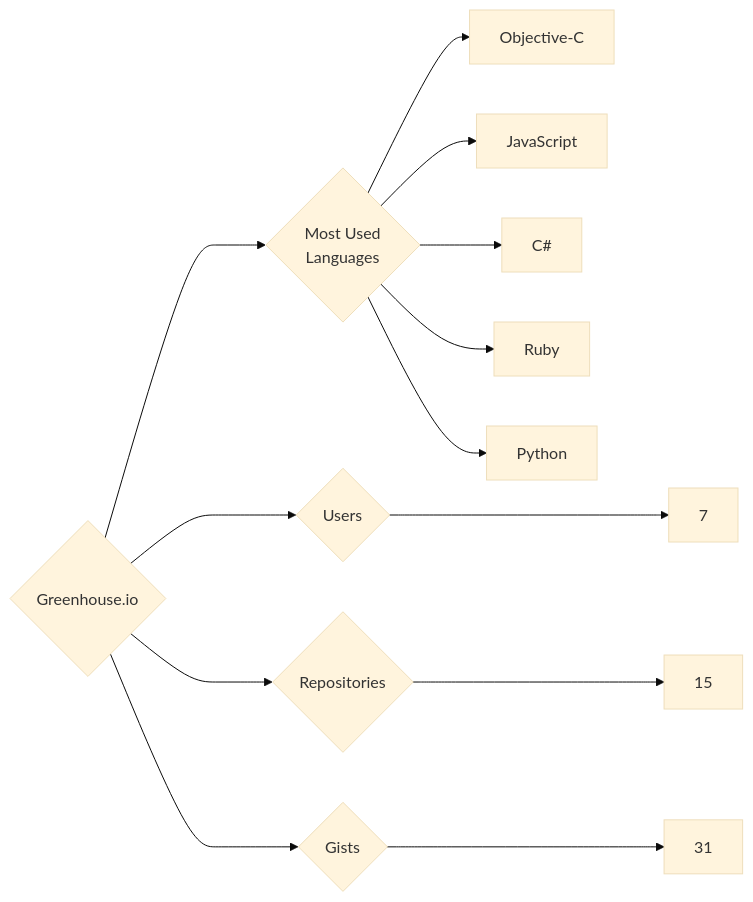
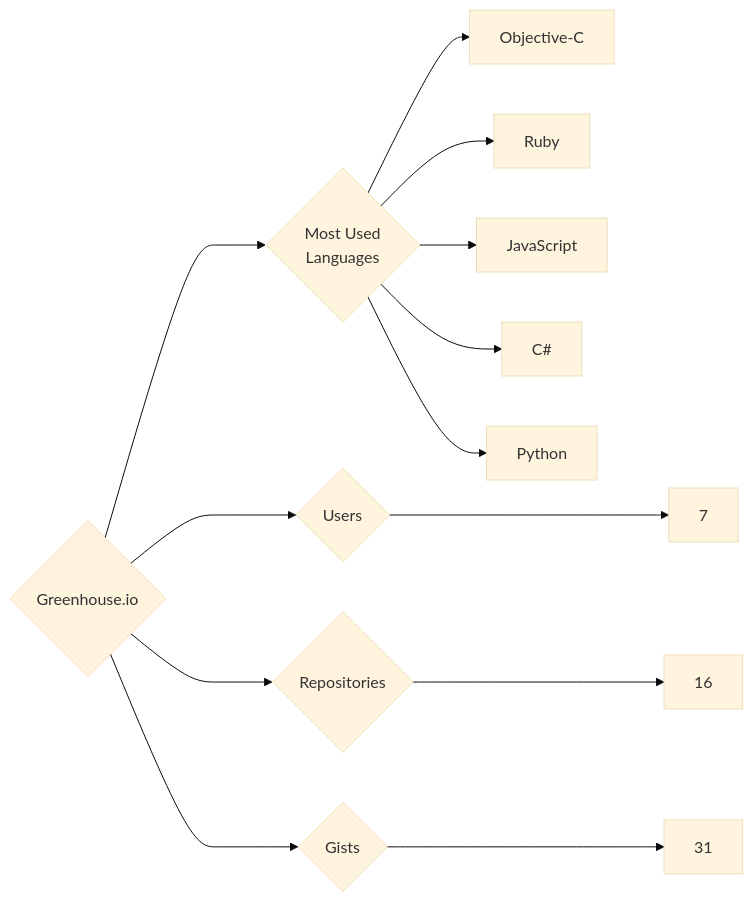
Before and after one commit to trickest/insiders: the diagram in targets/Greenhouse.io/README.md, drawn with Mermaid (base theme). The commit also changed 985 other files, not shown here.

````diff
--- a/targets/Greenhouse.io/README.md
+++ b/targets/Greenhouse.io/README.md
@@ -3,13 +3,13 @@
 ```mermaid
 graph LR
 COMPANY_NAME{Greenhouse.io}
 COMPANY_NAME ---> U{Users} ---> UN[7]
-COMPANY_NAME ---> R{Repositories} ---> RN[15]
+COMPANY_NAME ---> R{Repositories} ---> RN[16]
 COMPANY_NAME ---> G{Gists} ---> GN[31]
 COMPANY_NAME ---> ML{Most Used<br>Languages}
 ML --> Objective-C[Objective-C]
+ML --> Ruby[Ruby]
 ML --> JavaScript[JavaScript]
 ML --> C#[C#]
-ML --> Ruby[Ruby]
 ML --> Python[Python]
 ```
````
